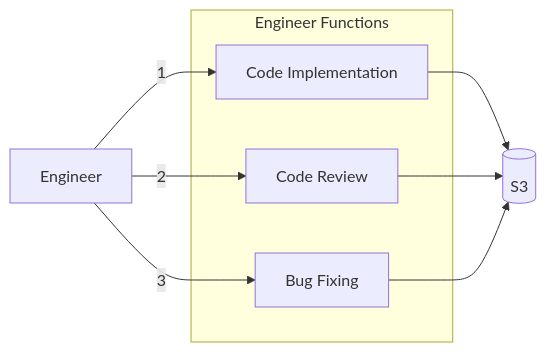
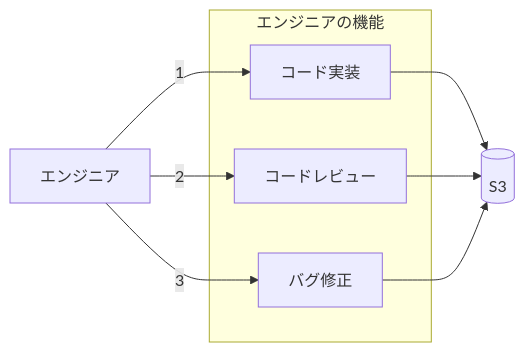
One commit to aws-samples/multi-agent-samples-jp changed the sixth of 10 diagrams in README.md. Above: the diagram before and after it, drawn with Mermaid. The commit also changed other lines of this file and 2 other files, not shown here.

````diff
--- a/README.md
+++ b/README.md
@@ -239,16 +237,16 @@
 ```mermaid
 graph LR
-    ENG[Engineer] --> |1| IMP[Code Implementation]
-    ENG --> |2| REV[Code Review]
-    ENG --> |3| FIX[Bug Fixing]
+    ENG[エンジニア] --> |1| IMP[コード実装]
+    ENG --> |2| REV[コードレビュー]
+    ENG --> |3| FIX[バグ修正]
     
     IMP --> S3[(S3)]
     REV --> S3
     FIX --> S3
     
-    subgraph "Engineer Functions"
+    subgraph "エンジニアの機能"
     IMP
     REV
     FIX
     end
 ```
````
